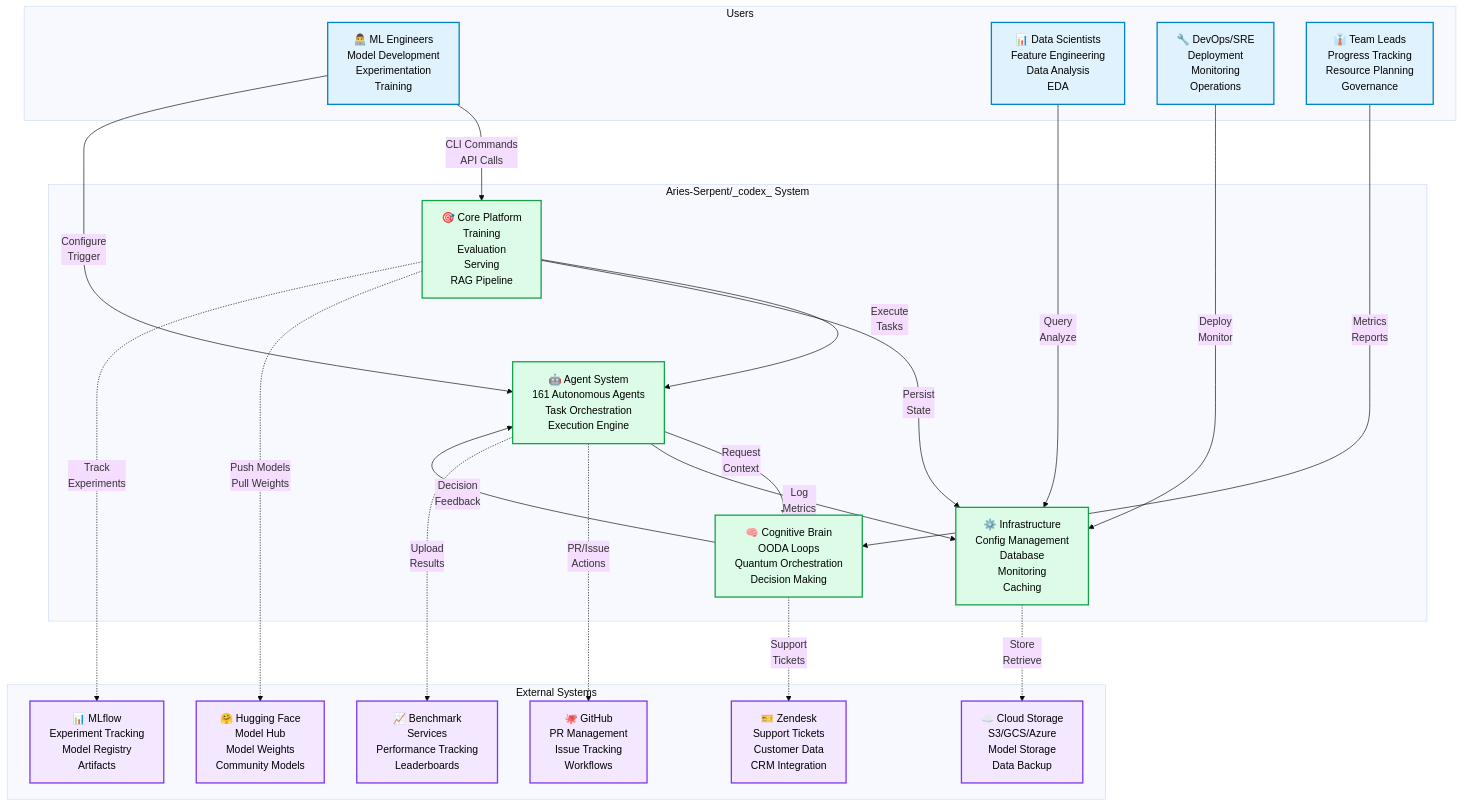
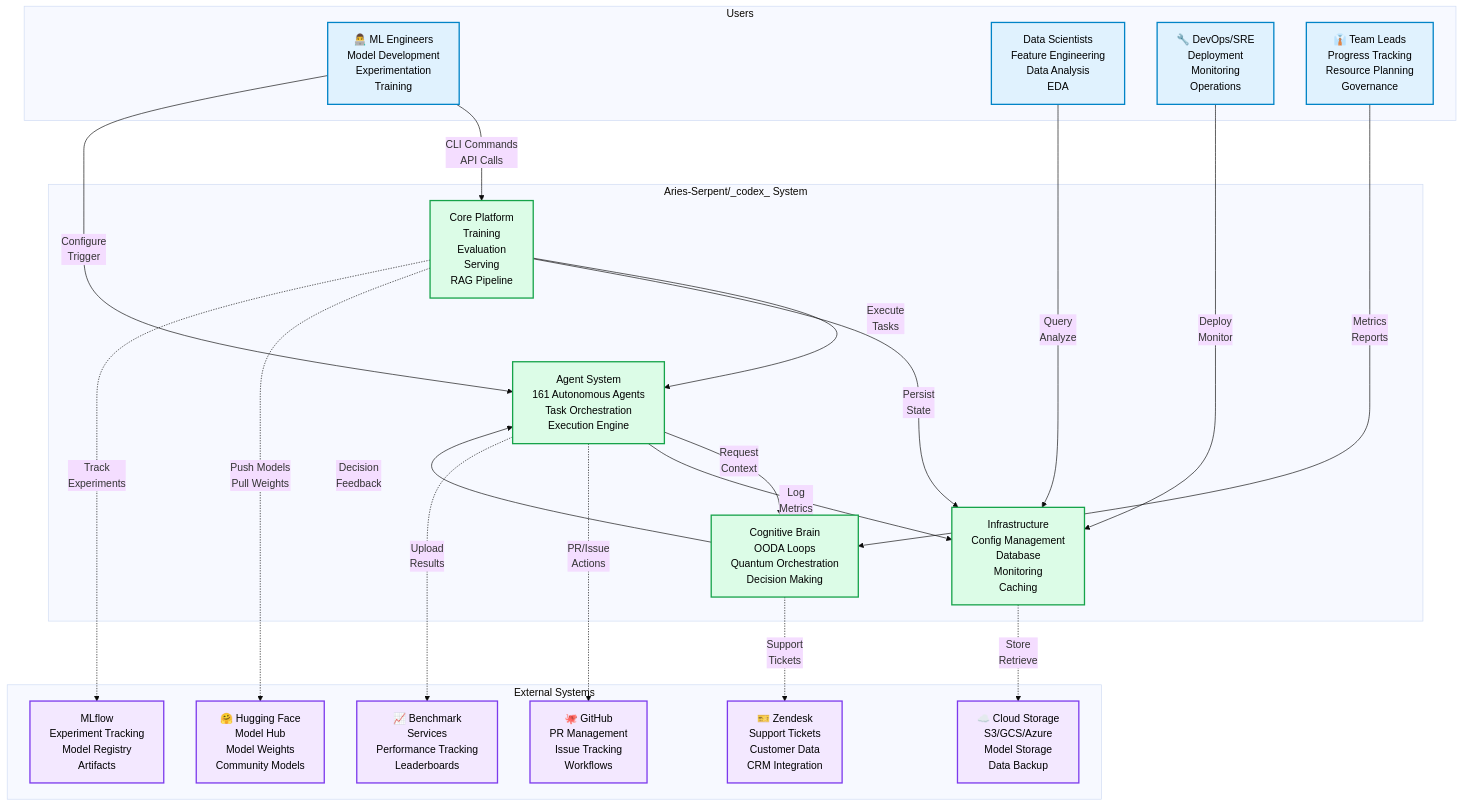
One commit to Aries-Serpent/_codex_ changed the diagram in docs/architecture/SYSTEM_CONTEXT.md. Above: the diagram before and after it, drawn with Mermaid. The commit also changed other lines of this file and 2029 other files, not shown here.

````diff
--- a/docs/architecture/SYSTEM_CONTEXT.md
+++ b/docs/architecture/SYSTEM_CONTEXT.md
@@ -13,66 +15,66 @@
 ```mermaid
 %%{init: {'accessibility': {'title': 'System Context Diagram<br/>Users and External Systems'}, 'theme': 'base'}}%%
 graph TB
     subgraph "External Systems"
         GH["🐙 GitHub<br/>PR Management<br/>Issue Tracking<br/>Workflows"]
         ZD["🎫 Zendesk<br/>Support Tickets<br/>Customer Data<br/>CRM Integration"]
         HF["🤗 Hugging Face<br/>Model Hub<br/>Model Weights<br/>Community Models"]
-        MLFLOW["📊 MLflow<br/>Experiment Tracking<br/>Model Registry<br/>Artifacts"]
+        MLFLOW[" MLflow<br/>Experiment Tracking<br/>Model Registry<br/>Artifacts"]
         S3["☁️ Cloud Storage<br/>S3/GCS/Azure<br/>Model Storage<br/>Data Backup"]
         BENCH["📈 Benchmark<br/>Services<br/>Performance Tracking<br/>Leaderboards"]
     end
 
     subgraph "Aries-Serpent/_codex_ System"
-        CORE["🎯 Core Platform<br/>Training<br/>Evaluation<br/>Serving<br/>RAG Pipeline"]
-        AGENTS["🤖 Agent System<br/>161 Autonomous Agents<br/>Task Orchestration<br/>Execution Engine"]
-        BRAIN["🧠 Cognitive Brain<br/>OODA Loops<br/>Quantum Orchestration<br/>Decision Making"]
-        INFRA["⚙️ Infrastructure<br/>Config Management<br/>Database<br/>Monitoring<br/>Caching"]
+        CORE[" Core Platform<br/>Training<br/>Evaluation<br/>Serving<br/>RAG Pipeline"]
+        AGENTS[" Agent System<br/>161 Autonomous Agents<br/>Task Orchestration<br/>Execution Engine"]
+        BRAIN[" Cognitive Brain<br/>OODA Loops<br/>Quantum Orchestration<br/>Decision Making"]
+        INFRA[" Infrastructure<br/>Config Management<br/>Database<br/>Monitoring<br/>Caching"]
     end
 
     subgraph "Users"
         DEV["👨‍💻 ML Engineers<br/>Model Development<br/>Experimentation<br/>Training"]
-        DS["📊 Data Scientists<br/>Feature Engineering<br/>Data Analysis<br/>EDA"]
+        DS[" Data Scientists<br/>Feature Engineering<br/>Data Analysis<br/>EDA"]
         OPS["🔧 DevOps/SRE<br/>Deployment<br/>Monitoring<br/>Operations"]
         LEAD["👔 Team Leads<br/>Progress Tracking<br/>Resource Planning<br/>Governance"]
     end
 
     %% User interactions with system
     DEV -->|"CLI Commands<br/>API Calls"| CORE
     DEV -->|"Configure<br/>Trigger"| AGENTS
     DS -->|"Query<br/>Analyze"| INFRA
     OPS -->|"Deploy<br/>Monitor"| INFRA
     LEAD -->|"Metrics<br/>Reports"| BRAIN
 
     %% System internal flows
     CORE -->|"Execute<br/>Tasks"| AGENTS
     AGENTS -->|"Request<br/>Context"| BRAIN
     BRAIN -->|"Decision<br/>Feedback"| AGENTS
     CORE -->|"Persist<br/>State"| INFRA
     AGENTS -->|"Log<br/>Metrics"| INFRA
 
     %% External system integrations
     CORE -.->|"Push Models<br/>Pull Weights"| HF
     AGENTS -.->|"PR/Issue<br/>Actions"| GH
     BRAIN -.->|"Support<br/>Tickets"| ZD
     CORE -.->|"Track<br/>Experiments"| MLFLOW
     INFRA -.->|"Store<br/>Retrieve"| S3
     AGENTS -.->|"Upload<br/>Results"| BENCH
 
     %% Styling
     style DEV fill:#e0f2fe,stroke:#0284c7,stroke-width:2px,color:#000
     style DS fill:#e0f2fe,stroke:#0284c7,stroke-width:2px,color:#000
     style OPS fill:#e0f2fe,stroke:#0284c7,stroke-width:2px,color:#000
     style LEAD fill:#e0f2fe,stroke:#0284c7,stroke-width:2px,color:#000
 
     style CORE fill:#dcfce7,stroke:#16a34a,stroke-width:2px,color:#000
     style AGENTS fill:#dcfce7,stroke:#16a34a,stroke-width:2px,color:#000
     style BRAIN fill:#dcfce7,stroke:#16a34a,stroke-width:2px,color:#000
     style INFRA fill:#dcfce7,stroke:#16a34a,stroke-width:2px,color:#000
 
     style GH fill:#f3e8ff,stroke:#7c3aed,stroke-width:2px,color:#000
     style ZD fill:#f3e8ff,stroke:#7c3aed,stroke-width:2px,color:#000
     style HF fill:#f3e8ff,stroke:#7c3aed,stroke-width:2px,color:#000
     style MLFLOW fill:#f3e8ff,stroke:#7c3aed,stroke-width:2px,color:#000
     style S3 fill:#f3e8ff,stroke:#7c3aed,stroke-width:2px,color:#000
     style BENCH fill:#f3e8ff,stroke:#7c3aed,stroke-width:2px,color:#000
 ```
````
